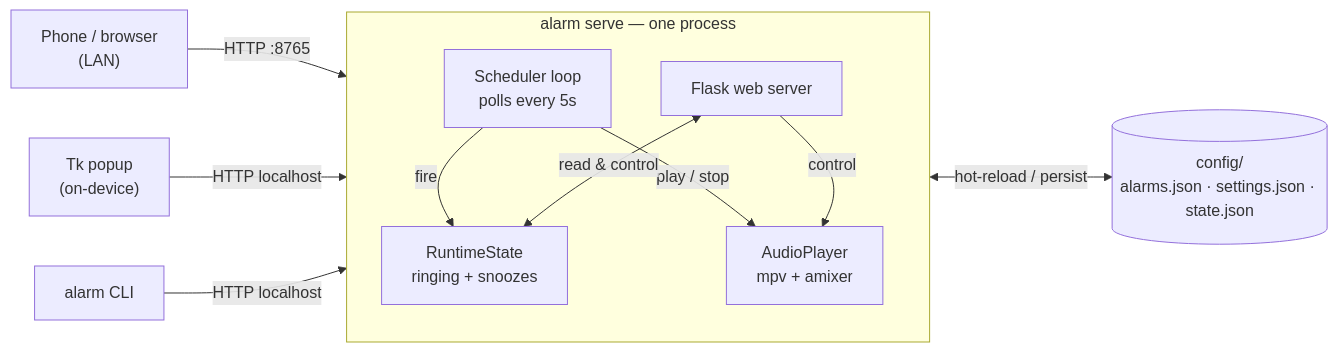
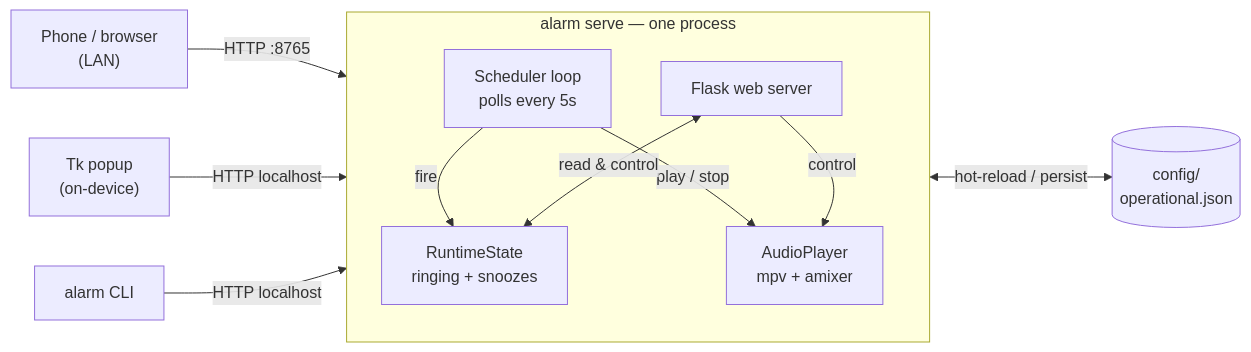
The diagram in README.md (kleinpanic/alarm-pi), drawn with Mermaid before and after one commit. The commit also changed other lines of this file and 10 other files, not shown here.

````diff
--- a/README.md
+++ b/README.md
@@ -74,21 +74,21 @@
 ```mermaid
 flowchart LR
   Browser["Phone / browser<br/>(LAN)"] -->|HTTP :8765| Web
   Popup["Tk popup<br/>(on-device)"] -->|HTTP localhost| Web
   CLI["alarm CLI"] -->|HTTP localhost| Web
 
   subgraph Daemon["alarm serve — one process"]
     direction TB
     Loop["Scheduler loop<br/>polls every 5s"]
     State["RuntimeState<br/>ringing + snoozes"]
     Web["Flask web server"]
     Audio["AudioPlayer<br/>mpv + amixer"]
     Loop -->|fire| State
     Loop -->|play / stop| Audio
     Web <-->|read & control| State
     Web -->|control| Audio
   end
 
-  Config[("config/<br/>alarms.json · settings.json · state.json")]
+  Config[("config/<br/>operational.json")]
   Loop <-->|hot-reload / persist| Config
 ```
````
